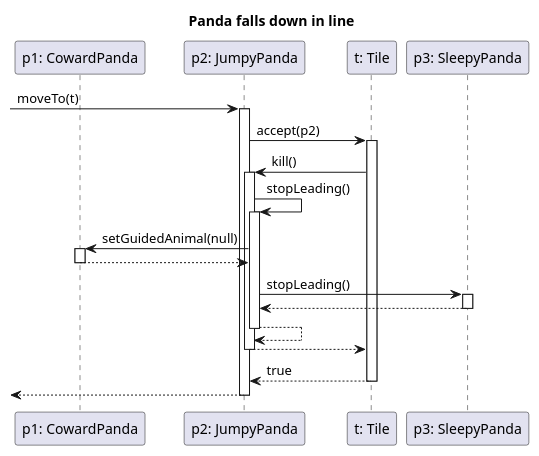
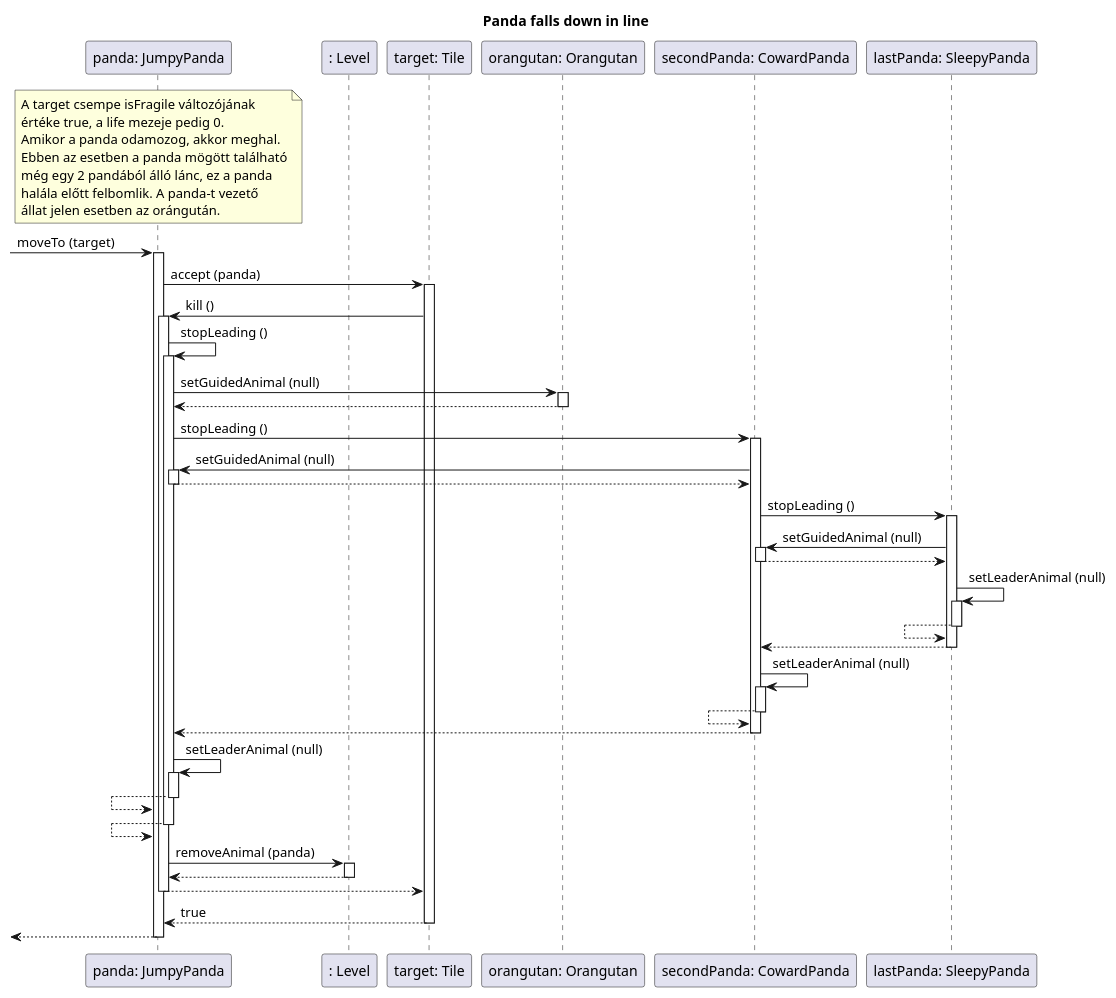
The diagram in diagrams/skeleton_usecases/SequenceDiagram_UseCases_PandaFallsDownInLine.puml (bokovhu/software-project-laboratory-assignment), drawn with PlantUML before and after one commit.

Commit message:
Sequence diagram: Panda falls down in line

```diff
--- a/diagrams/skeleton_usecases/SequenceDiagram_UseCases_PandaFallsDownInLine.puml
+++ b/diagrams/skeleton_usecases/SequenceDiagram_UseCases_PandaFallsDownInLine.puml
@@ -1,31 +1,69 @@
 @startuml
+
 title Panda falls down in line
 
+participant "panda: JumpyPanda" as panda
+participant ": Level" as level
+participant "target: Tile" as target
+participant "orangutan: Orangutan" as orangutan
+participant "secondPanda: CowardPanda" as secondPanda
+participant "lastPanda: SleepyPanda" as lastPanda
 
-participant "p1: CowardPanda" as p1
-participant "p2: JumpyPanda" as p2
-participant "t: Tile" as t
-participant "p3: SleepyPanda" as p3
+note over panda
+    A target csempe isFragile változójának
+    értéke true, a life mezeje pedig 0.
+    Amikor a panda odamozog, akkor meghal.
+    Ebben az esetben a panda mögött található
+    még egy 2 pandából álló lánc, ez a panda
+    halála előtt felbomlik. A panda-t vezető
+    állat jelen esetben az orángután.
+end note
 
+[-> panda : moveTo (target)
+activate panda
 
+panda -> target ++ : accept (panda)
 
-[->p2 : moveTo(t)
-activate p2
-p2->t ++: accept(p2)
-t->p2 ++: kill()
+target -> panda ++ : kill ()
 
-p2->p2 ++ : stopLeading()
+panda -> panda ++ : stopLeading ()
 
-p2 -> p1 ++: setGuidedAnimal(null)
-p1-->p2 --
+panda -> orangutan ++ : setGuidedAnimal (null)
+panda <-- orangutan --
 
+panda -> secondPanda ++ : stopLeading ()
 
-p2 -> p3 ++: stopLeading()
-p3--> p2--
-p2-->p2 --
-p2-->t --
-t-->p2 --: true
-[<--p2
-deactivate p2
+secondPanda -> panda ++ : setGuidedAnimal (null)
+secondPanda <-- panda --
+
+secondPanda -> lastPanda ++ : stopLeading ()
+
+lastPanda -> secondPanda ++ : setGuidedAnimal (null)
+lastPanda <-- secondPanda --
+
+lastPanda -> lastPanda ++ : setLeaderAnimal (null)
+lastPanda <-- lastPanda --
+
+secondPanda <-- lastPanda --
+
+secondPanda -> secondPanda ++ : setLeaderAnimal (null)
+secondPanda <-- secondPanda --
+
+panda <-- secondPanda --
+
+panda -> panda ++ : setLeaderAnimal (null)
+panda <-- panda --
+
+panda <-- panda --
+
+panda -> level ++ : removeAnimal (panda)
+panda <-- level --
+
+target <-- panda --
+
+panda <-- target -- : true
+
+[<-- panda
+deactivate panda
 
 @enduml
```
